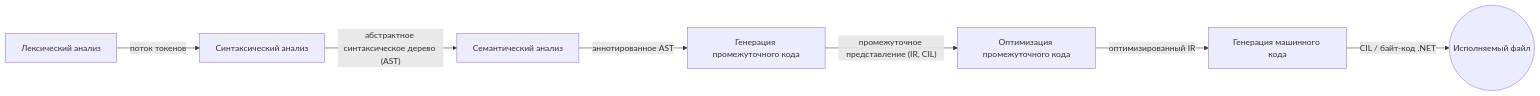
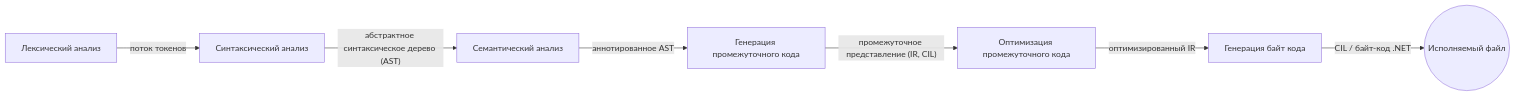
Before and after one commit to Ka6e/TAFL: the diagram in docs/theory/flowchart_diagram.md, drawn with Mermaid. The commit also changed 2 other files, not shown here.

Commit message:
Done 3.1E

````diff
--- a/docs/theory/flowchart_diagram.md
+++ b/docs/theory/flowchart_diagram.md
@@ -1,9 +1,9 @@
 ```mermaid
 flowchart LR
     n1["Лексический анализ"] -- поток токенов --> n2["Синтаксический анализ"]
     n2 -- абстрактное синтаксическое дерево (AST) --> n3["Семантический анализ"]
     n3 -- аннотированное AST --> n4["Генерация промежуточного кода"]
     n4 -- промежуточное представление (IR, CIL) --> n5["Оптимизация промежуточного кода"]
-    n5 -- оптимизированный IR --> n6["Генерация машинного кода"]
+    n5 -- оптимизированный IR --> n6["Генерация байт кода"]
     n6 -- "CIL / байт-код .NET" --> n7(("Исполняемый файл"))
 ```
````
